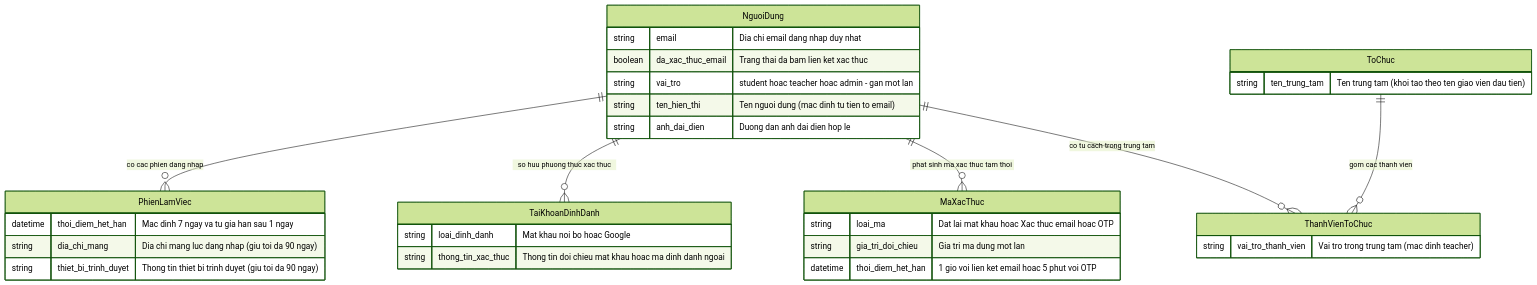
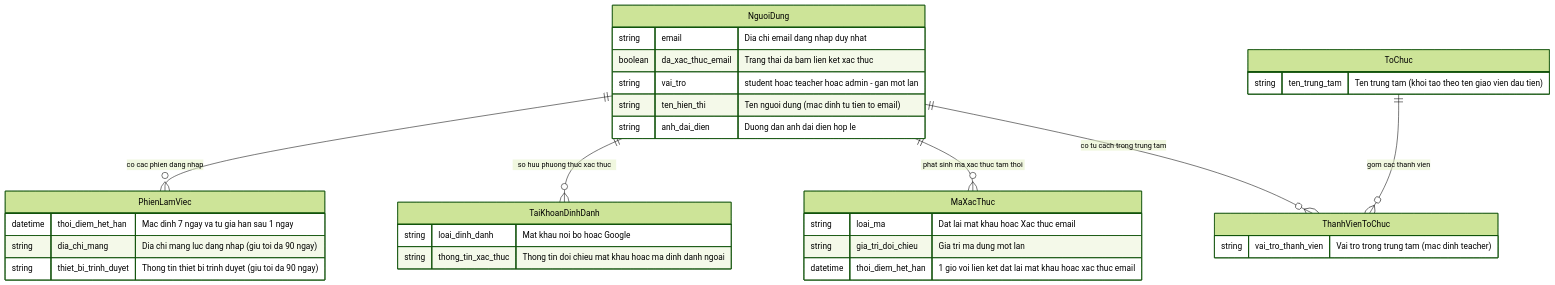
Before and after one commit to vinh19410/teacher-os: the diagram in docs/auth-signin/srs/auth-signin-erd.md, drawn with Mermaid (forest theme). The commit also changed other lines of this file and 30 other files, not shown here.

Commit message:
refactor(auth,student): remove email OTP login and restore 2-tab student login (#761)

````diff
--- a/docs/auth-signin/srs/auth-signin-erd.md
+++ b/docs/auth-signin/srs/auth-signin-erd.md
@@ -11,41 +11,41 @@
 ```mermaid
 erDiagram
     NguoiDung ||--o{ PhienLamViec : "co cac phien dang nhap"
     NguoiDung ||--o{ TaiKhoanDinhDanh : "so huu phuong thuc xac thuc"
     NguoiDung ||--o{ MaXacThuc : "phat sinh ma xac thuc tam thoi"
     NguoiDung ||--o{ ThanhVienToChuc : "co tu cach trong trung tam"
     ToChuc ||--o{ ThanhVienToChuc : "gom cac thanh vien"
 
     NguoiDung {
         string email "Dia chi email dang nhap duy nhat"
         boolean da_xac_thuc_email "Trang thai da bam lien ket xac thuc"
         string vai_tro "student hoac teacher hoac admin - gan mot lan"
         string ten_hien_thi "Ten nguoi dung (mac dinh tu tien to email)"
         string anh_dai_dien "Duong dan anh dai dien hop le"
     }
 
     PhienLamViec {
         datetime thoi_diem_het_han "Mac dinh 7 ngay va tu gia han sau 1 ngay"
         string dia_chi_mang "Dia chi mang luc dang nhap (giu toi da 90 ngay)"
         string thiet_bi_trinh_duyet "Thong tin thiet bi trinh duyet (giu toi da 90 ngay)"
     }
 
     TaiKhoanDinhDanh {
         string loai_dinh_danh "Mat khau noi bo hoac Google"
         string thong_tin_xac_thuc "Thong tin doi chieu mat khau hoac ma dinh danh ngoai"
     }
 
     MaXacThuc {
-        string loai_ma "Dat lai mat khau hoac Xac thuc email hoac OTP"
+        string loai_ma "Dat lai mat khau hoac Xac thuc email"
         string gia_tri_doi_chieu "Gia tri ma dung mot lan"
-        datetime thoi_diem_het_han "1 gio voi lien ket email hoac 5 phut voi OTP"
+        datetime thoi_diem_het_han "1 gio voi lien ket dat lai mat khau hoac xac thuc email"
     }
 
     ToChuc {
         string ten_trung_tam "Ten trung tam (khoi tao theo ten giao vien dau tien)"
     }
 
     ThanhVienToChuc {
         string vai_tro_thanh_vien "Vai tro trong trung tam (mac dinh teacher)"
     }
 ```
````
